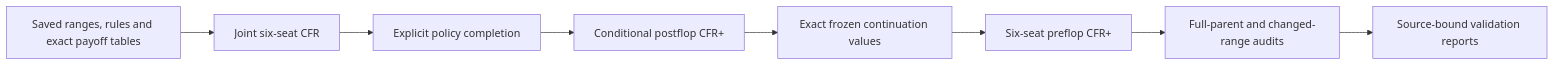
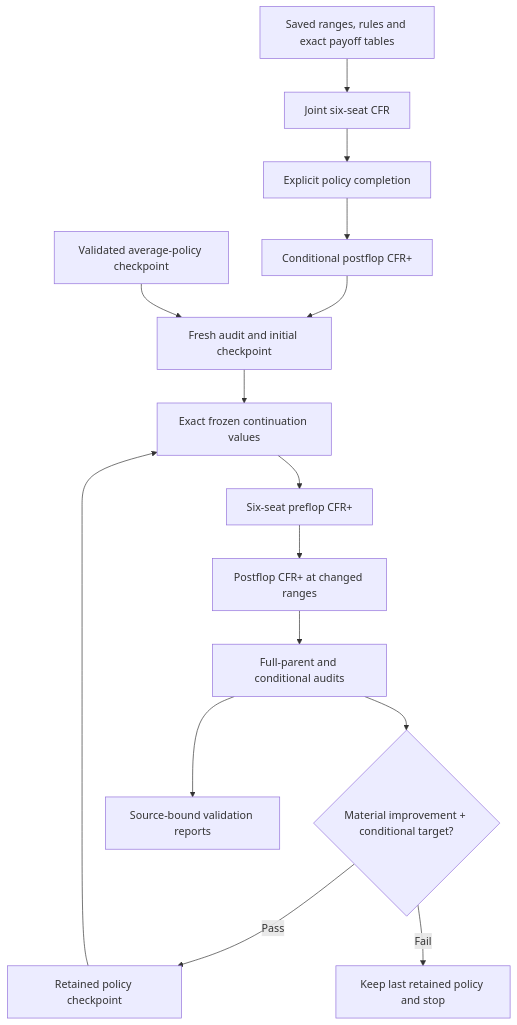
The second of 3 diagrams in docs/architecture.md (pingadom/PokerSolver), drawn with Mermaid before and after one commit. The commit also changed other lines of this file and 16 other files, not shown here.

First line of the commit message:
Gate and resume six-seat continuation solver rounds (#109)

````diff
--- a/docs/architecture.md
+++ b/docs/architecture.md
@@ -39,10 +39,17 @@
 ```mermaid
-flowchart LR
+flowchart TB
   Source[Saved ranges, rules and exact payoff tables] --> Joint[Joint six-seat CFR]
   Joint --> Complete[Explicit policy completion]
   Complete --> Post[Conditional postflop CFR+]
-  Post --> Values[Exact frozen continuation values]
+  Post --> Initial[Fresh audit and initial checkpoint]
+  Resume[Validated average-policy checkpoint] --> Initial
+  Initial --> Values[Exact frozen continuation values]
   Values --> Pre[Six-seat preflop CFR+]
-  Pre --> Audits[Full-parent and changed-range audits]
+  Pre --> Changed[Postflop CFR+ at changed ranges]
+  Changed --> Audits[Full-parent and conditional audits]
+  Audits --> Gate{Material improvement + conditional target?}
+  Gate -->|Pass| Saved[Retained policy checkpoint]
+  Saved --> Values
+  Gate -->|Fail| Stop[Keep last retained policy and stop]
   Audits --> Reports[Source-bound validation reports]
 ```
````
